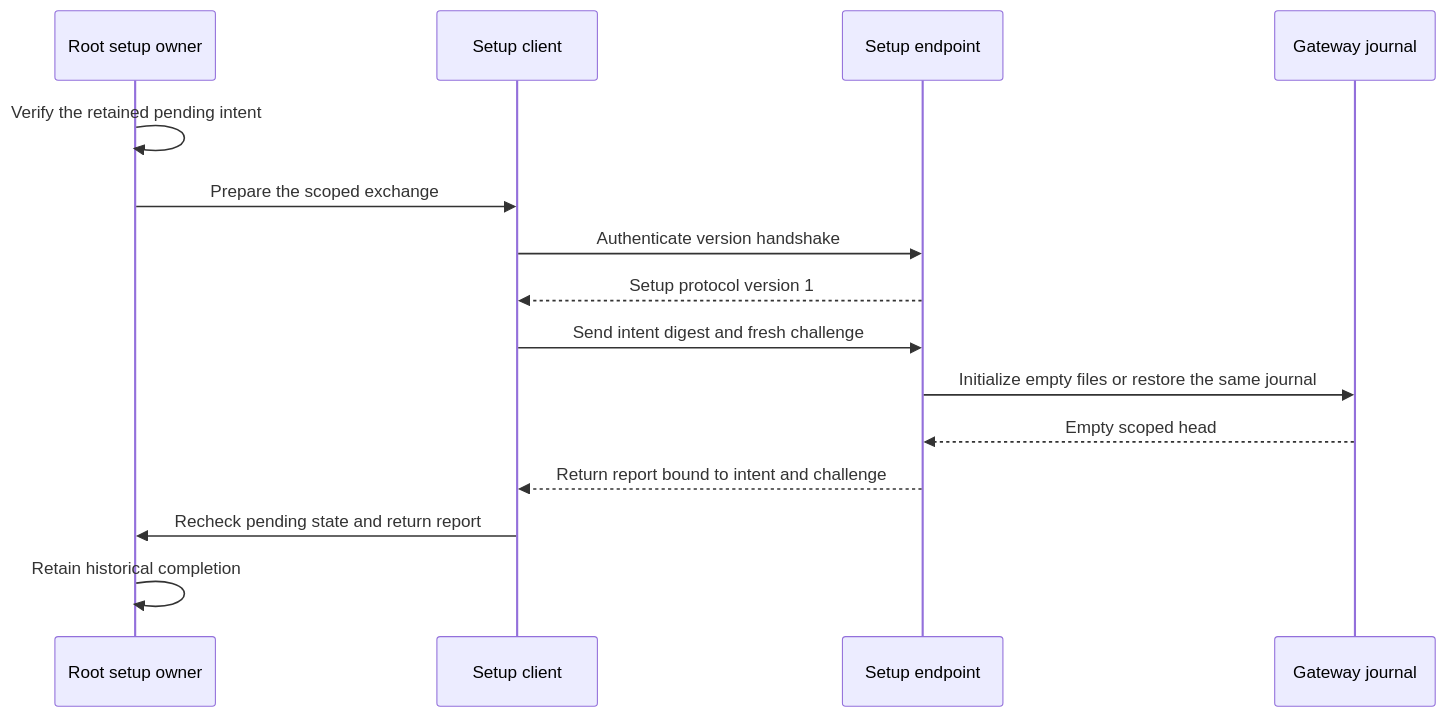
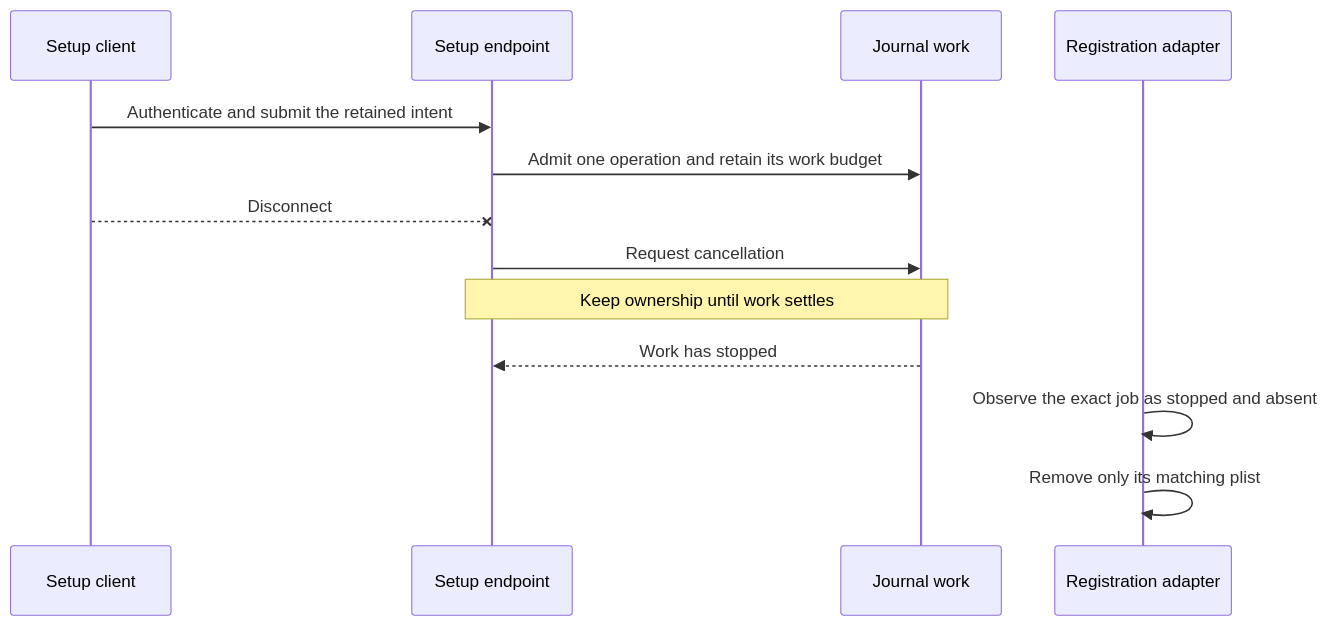
Before and after one commit to rock3r/remozio: the second of 2 diagrams in docs/experiments/macos-gateway-journal-setup.md, drawn with Mermaid. The commit also changed other lines of this file and 1 other file, not shown here.

Commit message:
Record native gateway initializer evidence

````diff
--- a/docs/experiments/macos-gateway-journal-setup.md
+++ b/docs/experiments/macos-gateway-journal-setup.md
@@ -6,17 +31,15 @@
 ```mermaid
 sequenceDiagram
-    participant R as Root setup owner
     participant C as Setup client
-    participant G as Setup endpoint
-    participant D as Gateway journal
-    R->>R: Verify the retained pending intent
-    R->>C: Prepare the scoped exchange
-    C->>G: Authenticate version handshake
-    G-->>C: Setup protocol version 1
-    C->>G: Send intent digest and fresh challenge
-    G->>D: Initialize empty files or restore the same journal
-    D-->>G: Empty scoped head
-    G-->>C: Return report bound to intent and challenge
-    C->>R: Recheck pending state and return report
-    R->>R: Retain historical completion
+    participant E as Setup endpoint
+    participant W as Journal work
+    participant R as Registration adapter
+    C->>E: Authenticate and submit the retained intent
+    E->>W: Admit one operation and retain its work budget
+    C--xE: Disconnect
+    E->>W: Request cancellation
+    Note over E,W: Keep ownership until work settles
+    W-->>E: Work has stopped
+    R->>R: Observe the exact job as stopped and absent
+    R->>R: Remove only its matching plist
 ```
````
